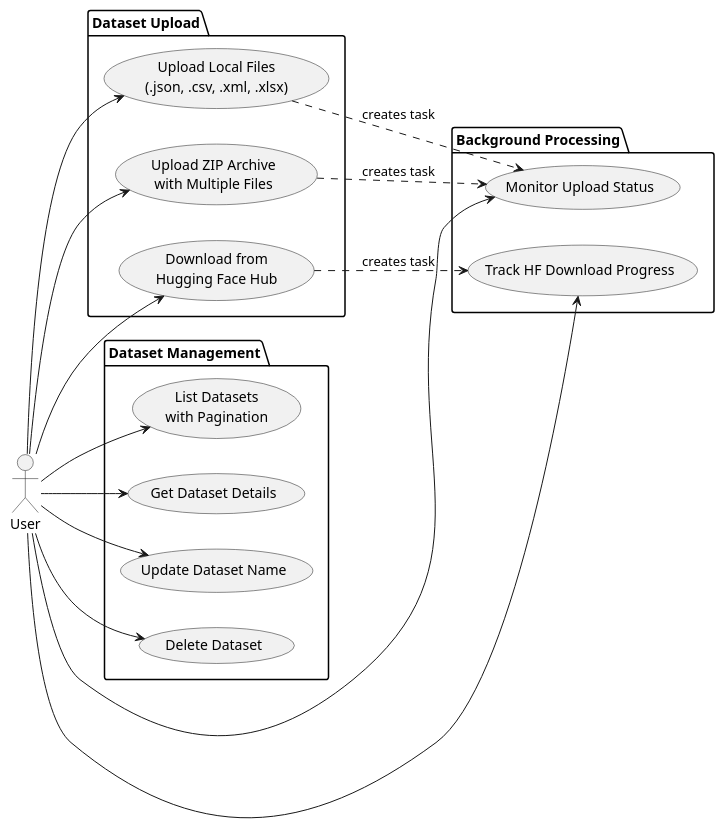
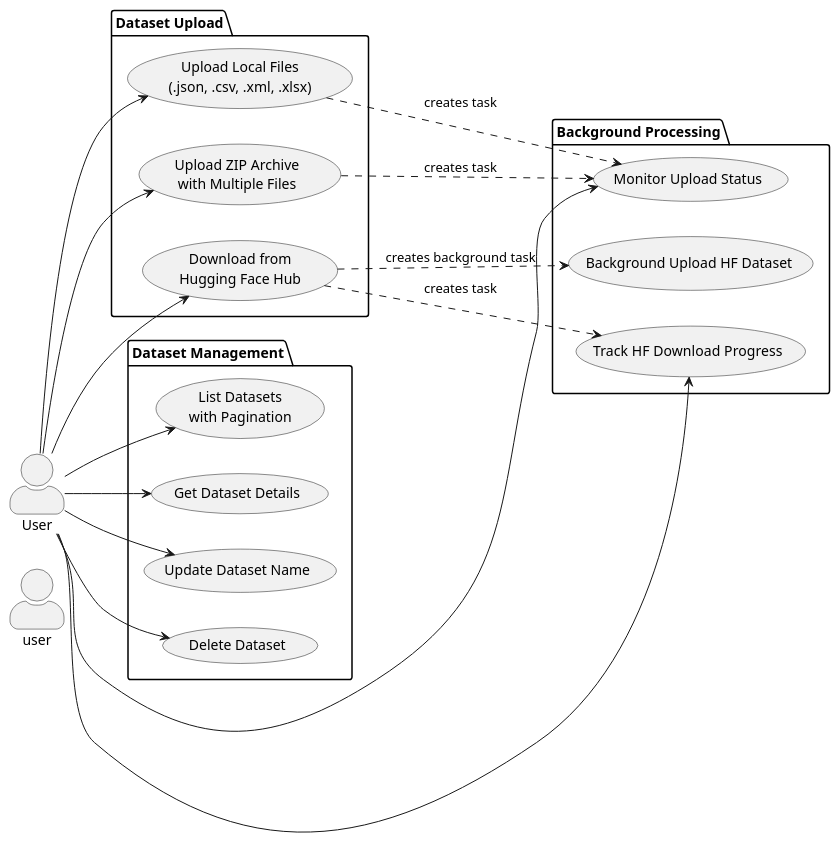
The diagram in docs/diagrams/src/use-cases-datasets.plantuml (Yukasama/vectorize), drawn with PlantUML before and after one commit. The commit also changed 13 other files, not shown here.

```diff
--- a/docs/diagrams/src/use-cases-datasets.plantuml
+++ b/docs/diagrams/src/use-cases-datasets.plantuml
@@ -1,37 +1,39 @@
 @startuml use-cases-datasets
 left to right direction
-actor User
-
+skinparam actorStyle awesome
+actor user
 package "Dataset Upload" {
     usecase "Upload Local Files\n(.json, .csv, .xml, .xlsx)" as LocalUpload
     usecase "Upload ZIP Archive\nwith Multiple Files" as ZipUpload
     usecase "Download from\nHugging Face Hub" as HuggingFaceUpload
 }
 
 package "Dataset Management" {
     usecase "List Datasets\nwith Pagination" as ListDatasets
     usecase "Get Dataset Details" as GetDataset
     usecase "Update Dataset Name" as UpdateDataset
     usecase "Delete Dataset" as DeleteDataset
 }
 
 package "Background Processing" {
     usecase "Monitor Upload Status" as MonitorUpload
     usecase "Track HF Download Progress" as TrackHFProgress
+    usecase "Background Upload HF Dataset" as BackgroundUploadHF
 }
 
 User --> LocalUpload
 User --> ZipUpload
 User --> HuggingFaceUpload
 User --> ListDatasets
 User --> GetDataset
 User --> UpdateDataset
 User --> DeleteDataset
 User --> MonitorUpload
 User --> TrackHFProgress
 
 LocalUpload ..> MonitorUpload : creates task
 ZipUpload ..> MonitorUpload : creates task
 HuggingFaceUpload ..> TrackHFProgress : creates task
+HuggingFaceUpload ..> BackgroundUploadHF : creates background task
 
 @enduml
```
